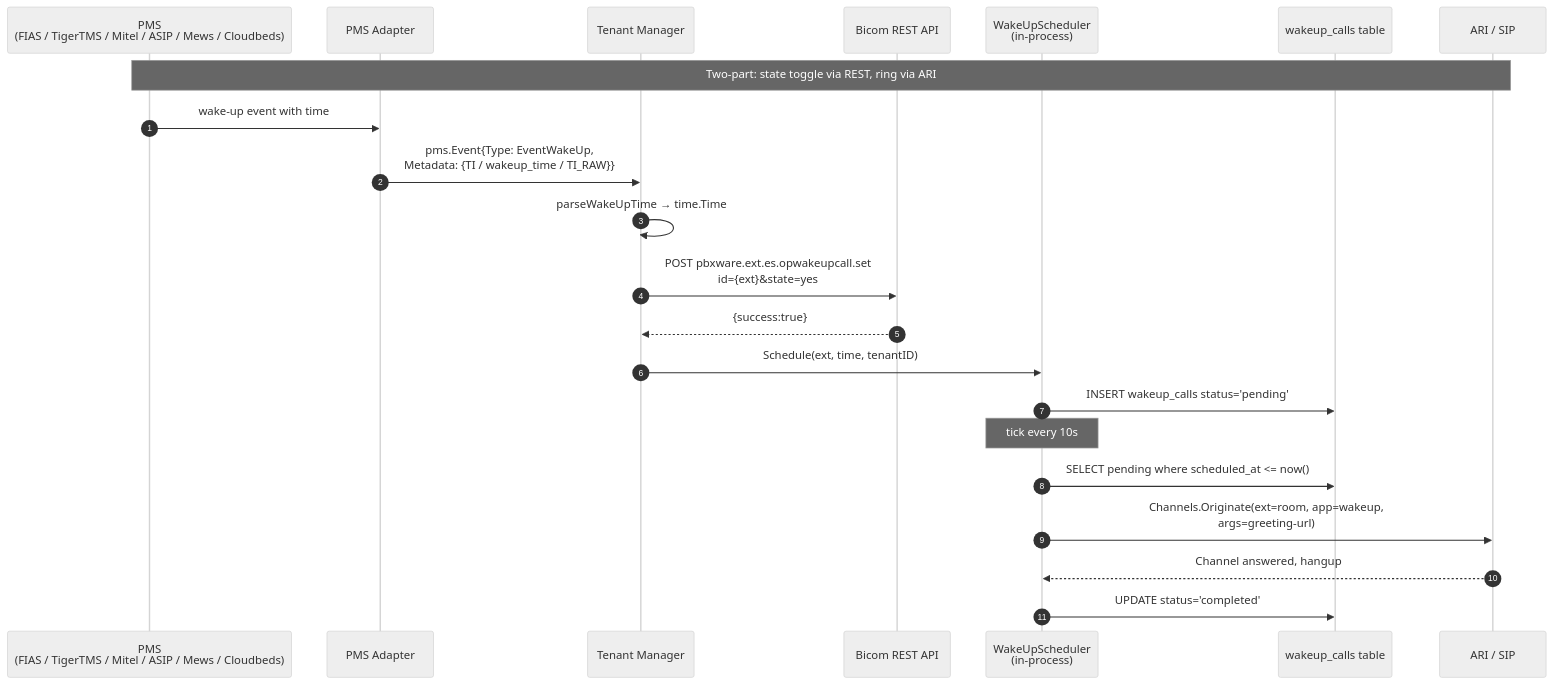
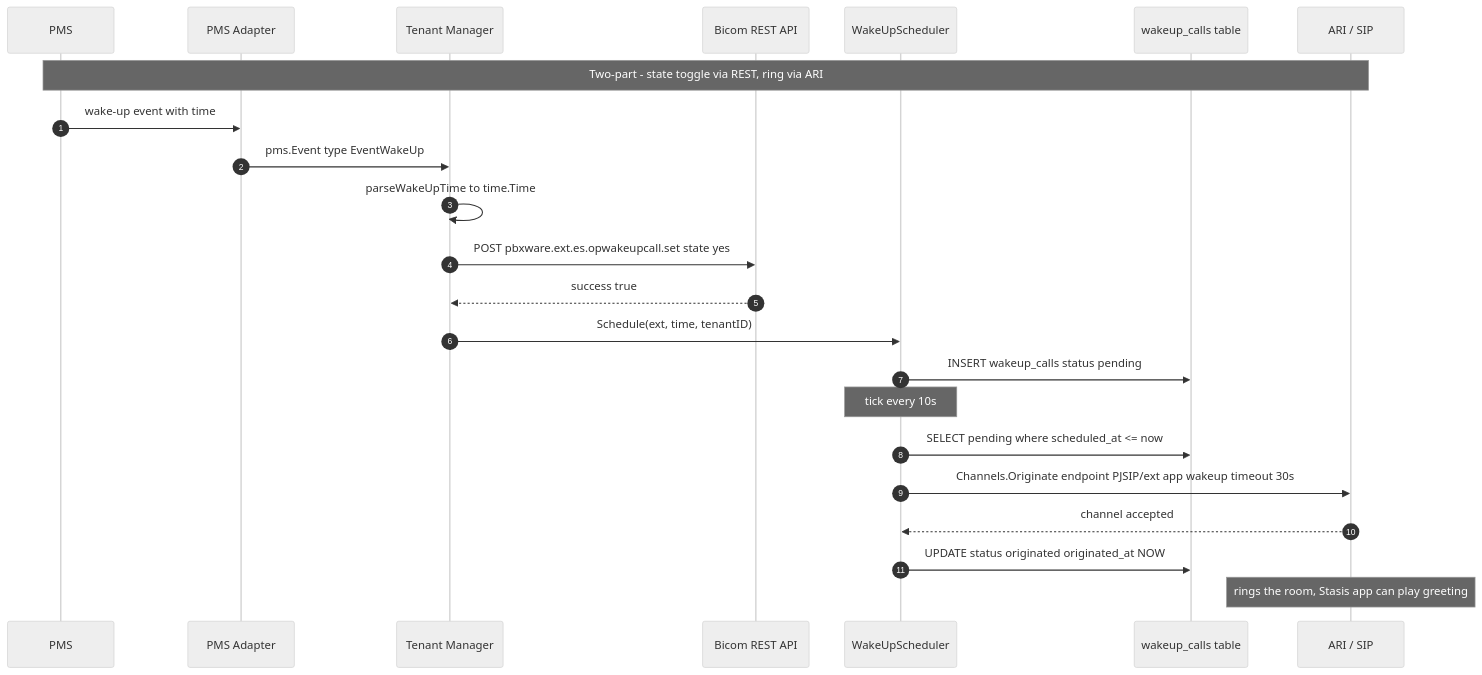
Before and after one commit to sagostin/pbx-hospitality: the fifth of 8 diagrams in docs/architecture.md, drawn with Mermaid (neutral theme). The commit also changed other lines of this file and 4 other files, not shown here.

First line of the commit message:
docs(mermaid): fix all 28 mermaid diagrams to render reliably

````diff
--- a/docs/architecture.md
+++ b/docs/architecture.md
@@ -378,25 +378,26 @@
 ```mermaid
 sequenceDiagram
     autonumber
-    participant PMS as PMS<br/>(FIAS / TigerTMS / Mitel / ASIP / Mews / Cloudbeds)
+    participant PMS
     participant Adapter as PMS Adapter
     participant Tenant as Tenant Manager
     participant BicomAPI as Bicom REST API
-    participant Sched as WakeUpScheduler<br/>(in-process)
+    participant Sched as WakeUpScheduler
     participant DB as wakeup_calls table
     participant ARI as ARI / SIP
 
-    Note over PMS,ARI: Two-part: state toggle via REST, ring via ARI
+    Note over PMS,ARI: Two-part - state toggle via REST, ring via ARI
     PMS->>Adapter: wake-up event with time
-    Adapter->>Tenant: pms.Event{Type: EventWakeUp,<br/>Metadata: {TI / wakeup_time / TI_RAW}}
-    Tenant->>Tenant: parseWakeUpTime → time.Time
-    Tenant->>BicomAPI: POST pbxware.ext.es.opwakeupcall.set<br/>id={ext}&state=yes
-    BicomAPI-->>Tenant: {success:true}
+    Adapter->>Tenant: pms.Event type EventWakeUp
+    Tenant->>Tenant: parseWakeUpTime to time.Time
+    Tenant->>BicomAPI: POST pbxware.ext.es.opwakeupcall.set state yes
+    BicomAPI-->>Tenant: success true
     Tenant->>Sched: Schedule(ext, time, tenantID)
-    Sched->>DB: INSERT wakeup_calls status='pending'
+    Sched->>DB: INSERT wakeup_calls status pending
     Note over Sched: tick every 10s
-    Sched->>DB: SELECT pending where scheduled_at <= now()
-    Sched->>ARI: Channels.Originate(ext=room, app=wakeup,<br/>args=greeting-url)
-    ARI-->>Sched: Channel answered, hangup
-    Sched->>DB: UPDATE status='completed'
+    Sched->>DB: SELECT pending where scheduled_at <= now
+    Sched->>ARI: Channels.Originate endpoint PJSIP/ext app wakeup timeout 30s
+    ARI-->>Sched: channel accepted
+    Sched->>DB: UPDATE status originated originated_at NOW
+    Note over ARI: rings the room, Stasis app can play greeting
 ```
````
